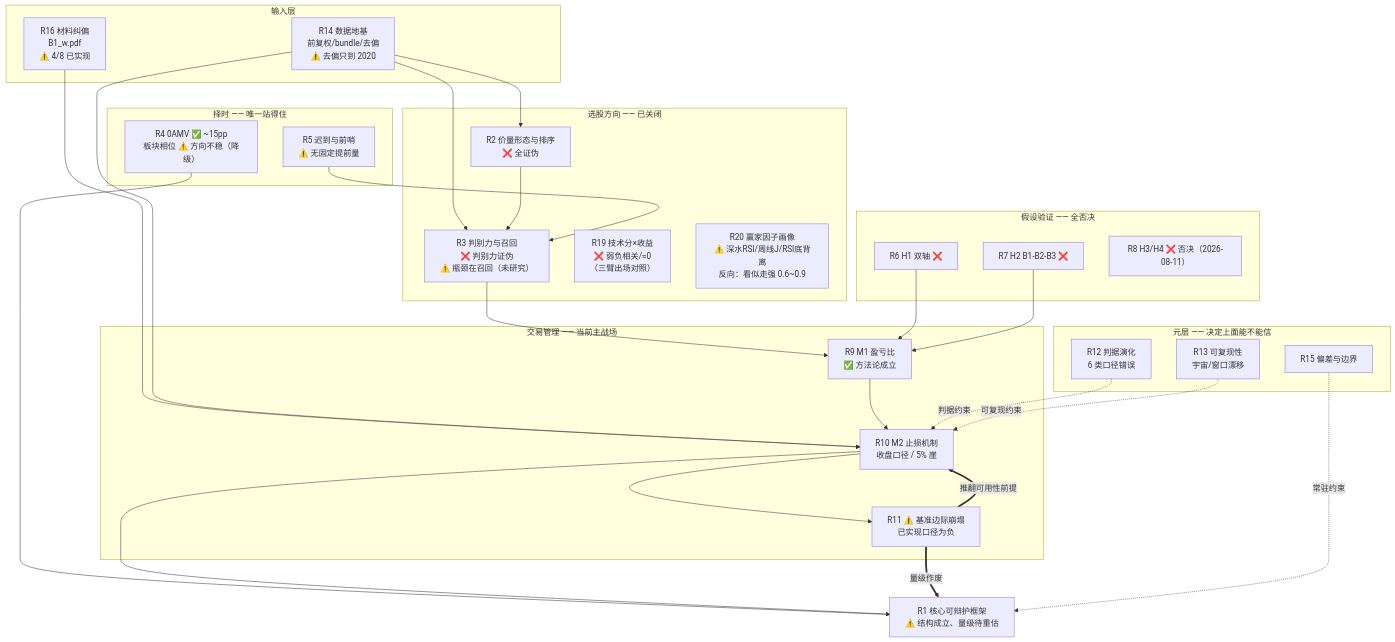
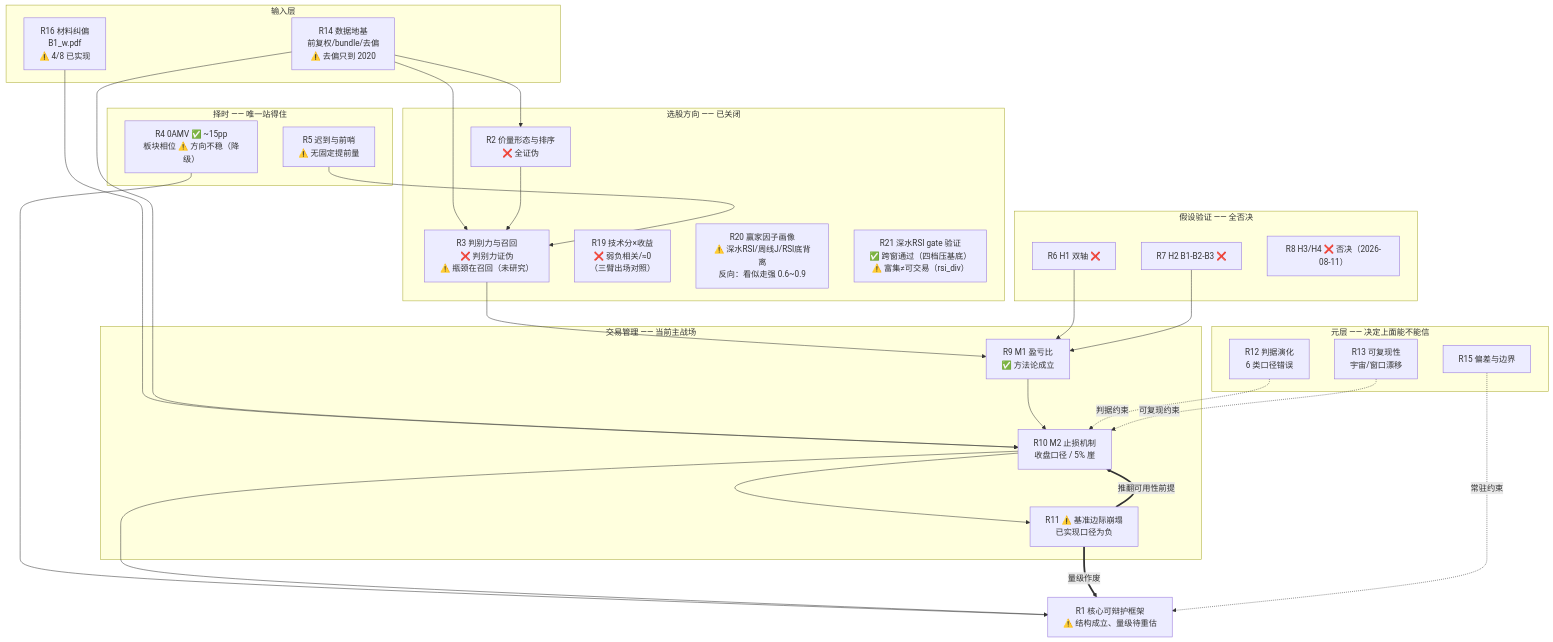
The diagram in governance/research/README.md (littleguohao/Custos), drawn with Mermaid before and after one commit. The commit also changed other lines of this file and 4 other files, not shown here.

````diff
--- a/governance/research/README.md
+++ b/governance/research/README.md
@@ -13,50 +13,51 @@
 ```mermaid
 flowchart TB
     subgraph IN["输入层"]
         R16["R16 材料纠偏<br/>B1_w.pdf<br/>⚠️ 4/8 已实现"]
         R14["R14 数据地基<br/>前复权/bundle/去偏<br/>⚠️ 去偏只到 2020"]
     end
     subgraph SEL["选股方向 —— 已关闭"]
         R2["R2 价量形态与排序<br/>❌ 全证伪"]
         R3["R3 判别力与召回<br/>❌ 判别力证伪<br/>⚠️ 瓶颈在召回（未研究）"]
         R19["R19 技术分×收益<br/>❌ 弱负相关/≈0<br/>（三臂出场对照）"]
         R20["R20 赢家因子画像<br/>⚠️ 深水RSI/周线J/RSI底背离<br/>反向：看似走强 0.6~0.9"]
+        R21["R21 深水RSI gate 验证<br/>✅ 跨窗通过（四档压基底）<br/>⚠️ 富集≠可交易（rsi_div）"]
     end
     subgraph TIM["择时 —— 唯一站得住"]
         R4["R4 0AMV ✅ ~15pp<br/>板块相位 ⚠️ 方向不稳（降级）"]
         R5["R5 迟到与前哨<br/>⚠️ 无固定提前量"]
     end
     subgraph HYP["假设验证 —— 全否决"]
         R6["R6 H1 双轴 ❌"]
         R7["R7 H2 B1-B2-B3 ❌"]
         R8["R8 H3/H4 ❌ 否决（2026-08-11）"]
     end
     subgraph TRD["交易管理 —— 当前主战场"]
         R9["R9 M1 盈亏比<br/>✅ 方法论成立"]
         R10["R10 M2 止损机制<br/>收盘口径 / 5% 崖"]
         R11["R11 ⚠️ 基准边际崩塌<br/>已实现口径为负"]
     end
     subgraph META["元层 —— 决定上面能不能信"]
         R12["R12 判据演化<br/>6 类口径错误"]
         R13["R13 可复现性<br/>宇宙/窗口漂移"]
         R15["R15 偏差与边界"]
     end
     R1["R1 核心可辩护框架<br/>⚠️ 结构成立、量级待重估"]
 
     R16 --> R10
     R14 --> R2 & R3 & R10
     R2 --> R3
     R3 --> R9
     R6 --> R9
     R7 --> R9
     R9 --> R10
     R10 --> R11
     R12 -.判据约束.-> R10
     R13 -.可复现约束.-> R10
     R11 ==>|推翻可用性前提| R10
     R4 --> R1
     R10 --> R1
     R5 --> R3
     R11 ==>|量级作废| R1
     R15 -.常驻约束.-> R1
 ```
````
